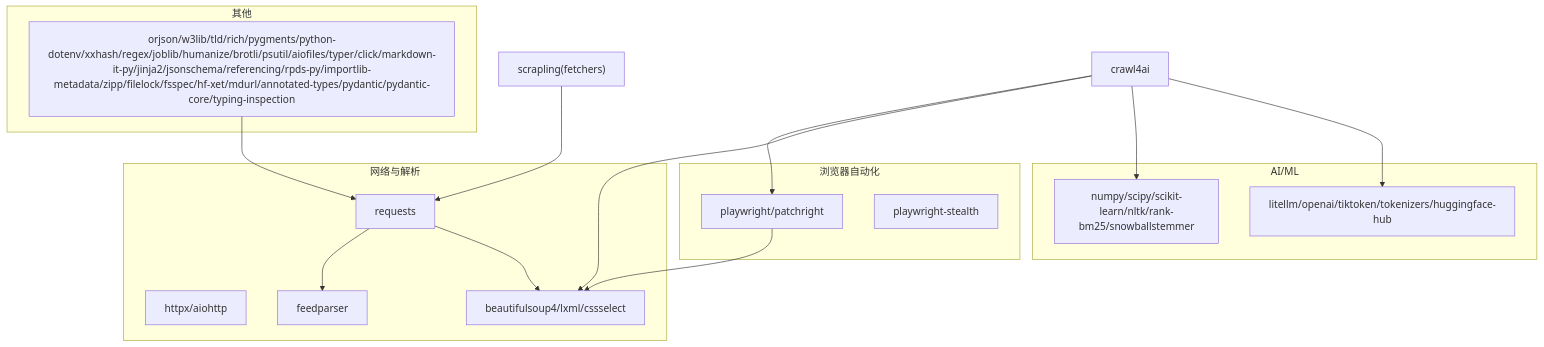
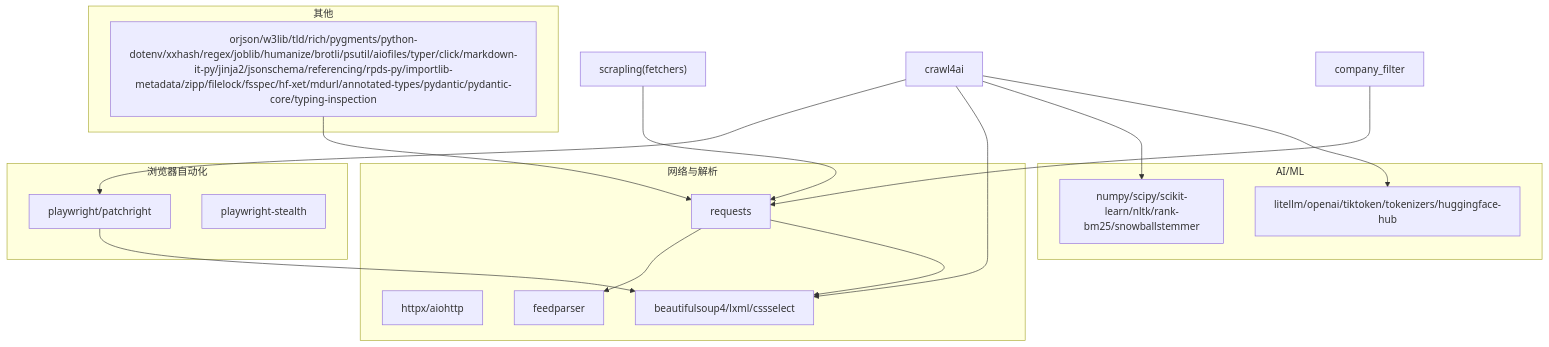
The fifth of 5 diagrams in .qoder/repowiki/zh/content/技术实现细节/技术实现细节.md (jy2360136/redbook), drawn with Mermaid before and after one commit. The commit also changed other lines of this file and 33 other files, not shown here.

````diff
--- a/.qoder/repowiki/zh/content/技术实现细节/技术实现细节.md
+++ b/.qoder/repowiki/zh/content/技术实现细节/技术实现细节.md
@@ -257,31 +274,33 @@
 ```mermaid
 graph TB
 subgraph "网络与解析"
 RQ["requests"]
 HT["httpx/aiohttp"]
 FP["feedparser"]
 BS["beautifulsoup4/lxml/cssselect"]
 end
 subgraph "浏览器自动化"
 PW["playwright/patchright"]
 PS["playwright-stealth"]
 end
 subgraph "AI/ML"
 NP["numpy/scipy/scikit-learn/nltk/rank-bm25/snowballstemmer"]
 LL["litellm/openai/tiktoken/tokenizers/huggingface-hub"]
 end
 subgraph "其他"
 OR["orjson/w3lib/tld/rich/pygments/python-dotenv/xxhash/regex/joblib/humanize/brotli/psutil/aiofiles/typer/click/markdown-it-py/jinja2/jsonschema/referencing/rpds-py/importlib-metadata/zipp/filelock/fsspec/hf-xet/mdurl/annotated-types/pydantic/pydantic-core/typing-inspection"]
 end
 SL["scrapling(fetchers)"]
 C4["crawl4ai"]
+CF["company_filter"]
 SL --> RQ
 C4 --> PW
 C4 --> BS
 C4 --> NP
 C4 --> LL
 RQ --> FP
 RQ --> BS
 PW --> BS
 OR --> RQ
+CF --> RQ
 ```
````
